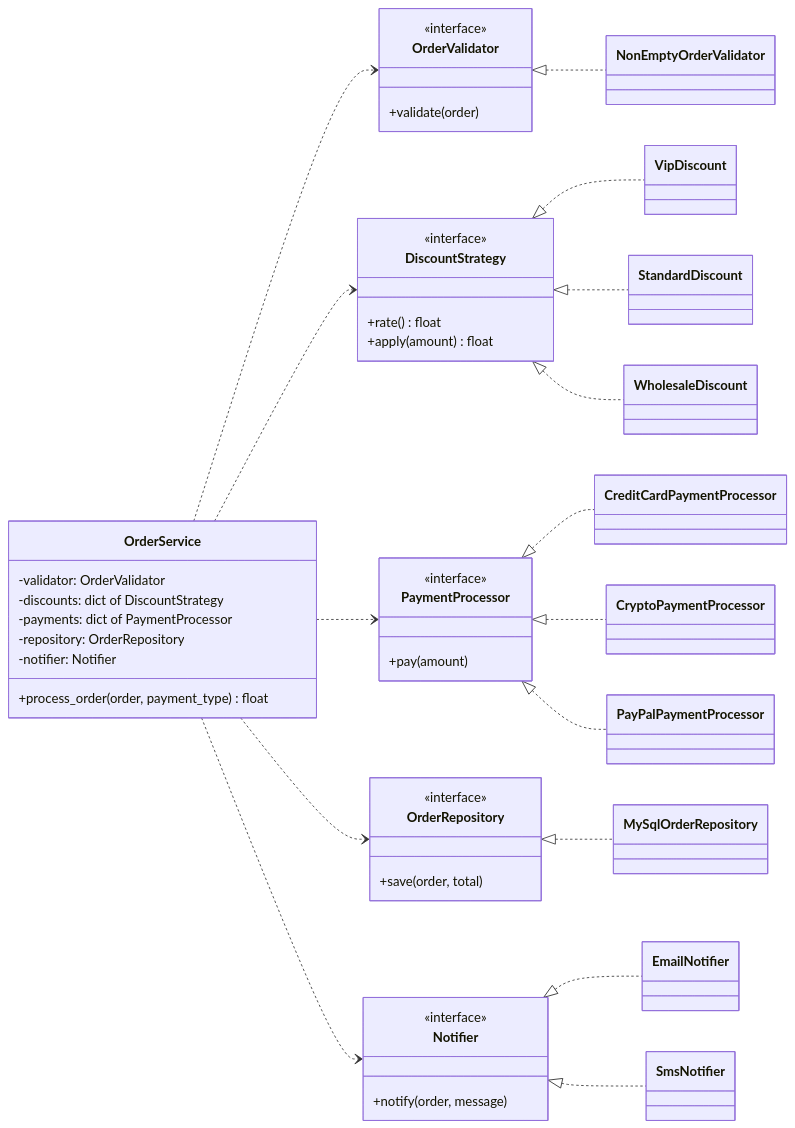
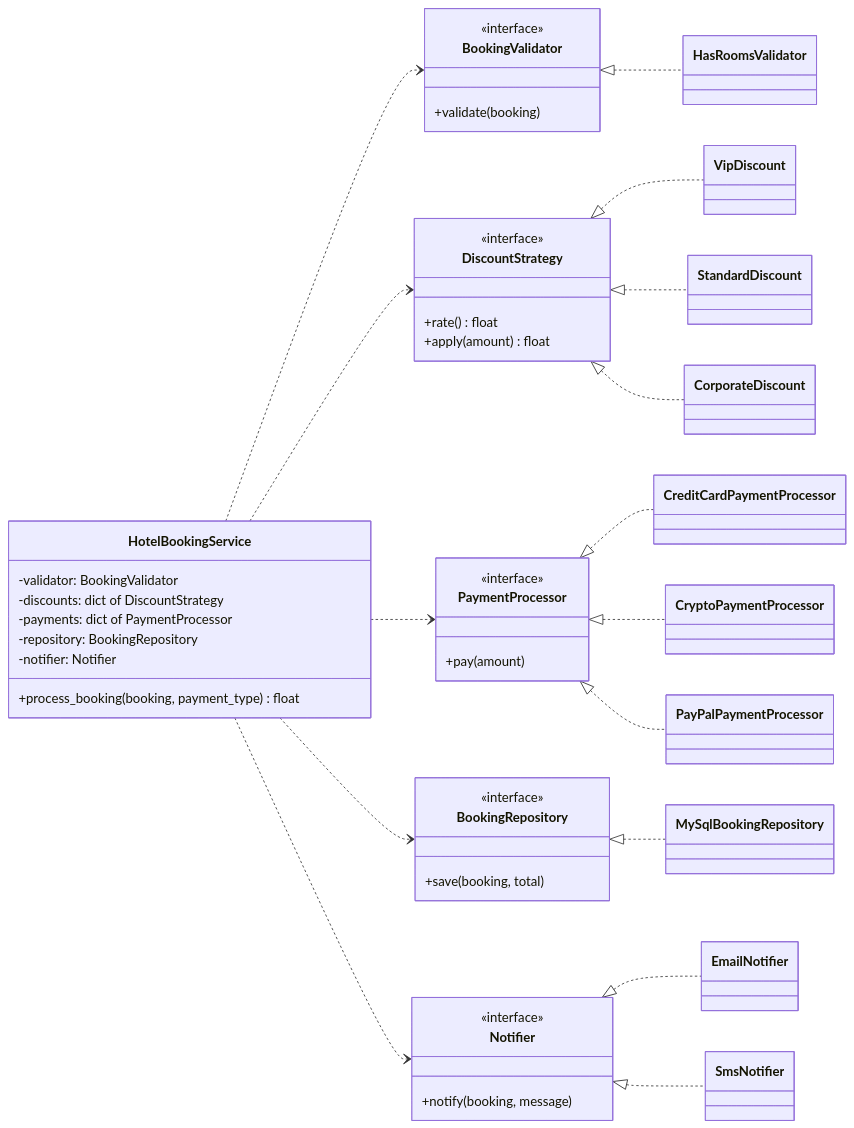
The diagram in lab1/README.md (m8-4-h8/PI), drawn with Mermaid before and after one commit. The commit also changed other lines of this file and 37 other files, not shown here.

First line of the commit message:
Lab 1: adapt to variant 1 (HotelBookingProcessor, Corporate guest type)

````diff
--- a/lab1/README.md
+++ b/lab1/README.md
@@ -78,52 +78,52 @@
 ```mermaid
 classDiagram
     direction LR
 
-    class OrderService {
-        -validator: OrderValidator
+    class HotelBookingService {
+        -validator: BookingValidator
         -discounts: dict of DiscountStrategy
         -payments: dict of PaymentProcessor
-        -repository: OrderRepository
+        -repository: BookingRepository
         -notifier: Notifier
-        +process_order(order, payment_type) float
+        +process_booking(booking, payment_type) float
     }
 
-    class OrderValidator {
+    class BookingValidator {
         <<interface>>
-        +validate(order)
+        +validate(booking)
     }
     class DiscountStrategy {
         <<interface>>
         +rate() float
         +apply(amount) float
     }
     class PaymentProcessor {
         <<interface>>
         +pay(amount)
     }
-    class OrderRepository {
+    class BookingRepository {
         <<interface>>
-        +save(order, total)
+        +save(booking, total)
     }
     class Notifier {
         <<interface>>
-        +notify(order, message)
+        +notify(booking, message)
     }
 
-    OrderService ..> OrderValidator
-    OrderService ..> DiscountStrategy
-    OrderService ..> PaymentProcessor
-    OrderService ..> OrderRepository
-    OrderService ..> Notifier
+    HotelBookingService ..> BookingValidator
+    HotelBookingService ..> DiscountStrategy
+    HotelBookingService ..> PaymentProcessor
+    HotelBookingService ..> BookingRepository
+    HotelBookingService ..> Notifier
 
-    OrderValidator <|.. NonEmptyOrderValidator
+    BookingValidator <|.. HasRoomsValidator
     DiscountStrategy <|.. VipDiscount
     DiscountStrategy <|.. StandardDiscount
-    DiscountStrategy <|.. WholesaleDiscount
+    DiscountStrategy <|.. CorporateDiscount
     PaymentProcessor <|.. CreditCardPaymentProcessor
     PaymentProcessor <|.. CryptoPaymentProcessor
     PaymentProcessor <|.. PayPalPaymentProcessor
-    OrderRepository <|.. MySqlOrderRepository
+    BookingRepository <|.. MySqlBookingRepository
     Notifier <|.. EmailNotifier
     Notifier <|.. SmsNotifier
 ```
````
